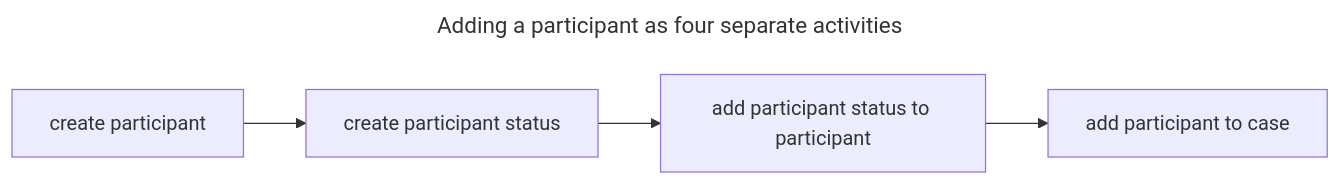
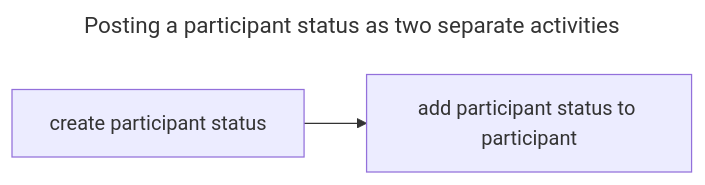
Before and after one commit to CERTCC/Vultron: the third of 4 diagrams in docs/topics/activity_vocabulary_design.md, drawn with Mermaid. The commit also changed other lines of this file and 51 other files, not shown here.

````diff
--- a/docs/topics/activity_vocabulary_design.md
+++ b/docs/topics/activity_vocabulary_design.md
@@ -182,9 +182,7 @@
 ```mermaid
 ---
-title: Adding a participant as four separate activities
+title: Posting a participant status as two separate activities
 ---
 flowchart LR
-    a[create participant] --> b[create participant status]
-    b --> c[add participant status to participant]
-    c --> d[add participant to case]
+    a[create participant status] --> b[add participant status to participant]
 ```
````
